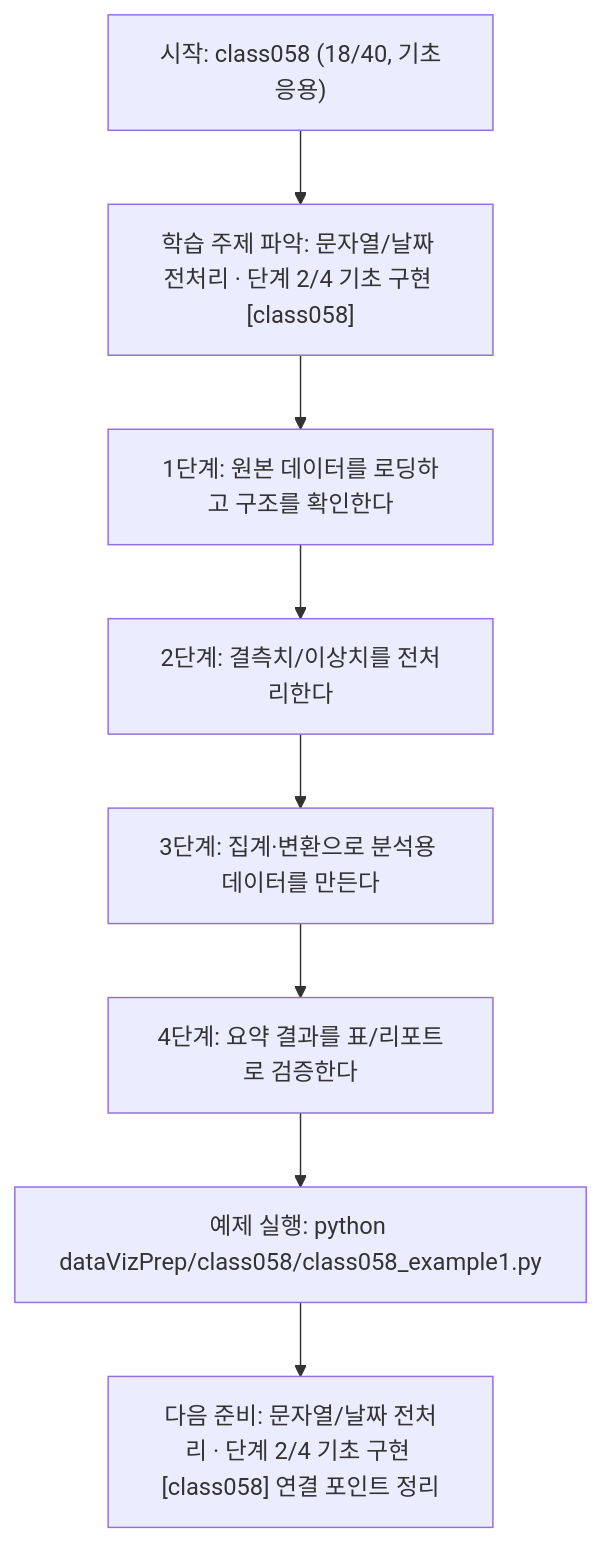
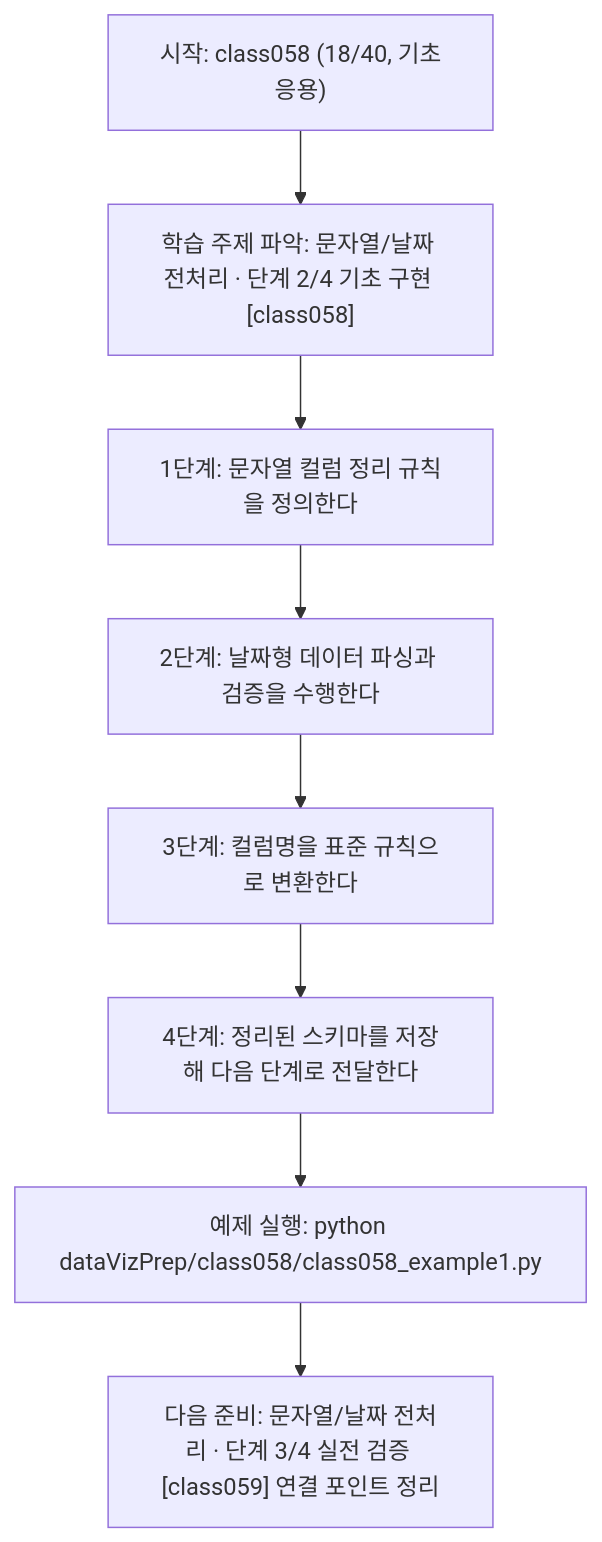
The diagram in dataVizPrep/class058/class058.md (edumgt/Python-AI_Agent-Class), drawn with Mermaid before and after one commit. The commit also changed other lines of this file and 283 other files, not shown here.

````diff
--- a/dataVizPrep/class058/class058.md
+++ b/dataVizPrep/class058/class058.md
@@ -111,18 +92,18 @@
 ```mermaid
 flowchart TD
 N1["시작: class058 (18/40, 기초응용)"]
 N2["학습 주제 파악: 문자열/날짜 전처리 · 단계 2/4 기초 구현 [class058]"]
-N3["1단계: 원본 데이터를 로딩하고 구조를 확인한다"]
-N4["2단계: 결측치/이상치를 전처리한다"]
-N5["3단계: 집계·변환으로 분석용 데이터를 만든다"]
-N6["4단계: 요약 결과를 표/리포트로 검증한다"]
+N3["1단계: 문자열 컬럼 정리 규칙을 정의한다"]
+N4["2단계: 날짜형 데이터 파싱과 검증을 수행한다"]
+N5["3단계: 컬럼명을 표준 규칙으로 변환한다"]
+N6["4단계: 정리된 스키마를 저장해 다음 단계로 전달한다"]
 N7["예제 실행: python dataVizPrep/class058/class058_example1.py"]
-N8["다음 준비: 문자열/날짜 전처리 · 단계 2/4 기초 구현 [class058] 연결 포인트 정리"]
+N8["다음 준비: 문자열/날짜 전처리 · 단계 3/4 실전 검증 [class059] 연결 포인트 정리"]
 N1 --> N2
 N2 --> N3
 N3 --> N4
 N4 --> N5
 N5 --> N6
 N6 --> N7
 N7 --> N8
 ```
````
